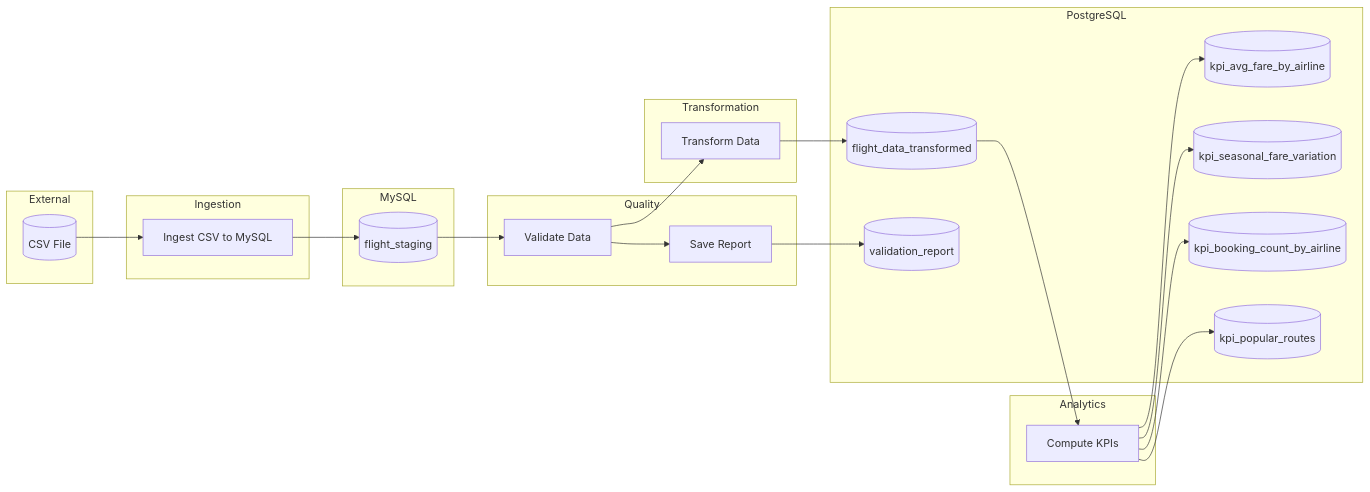
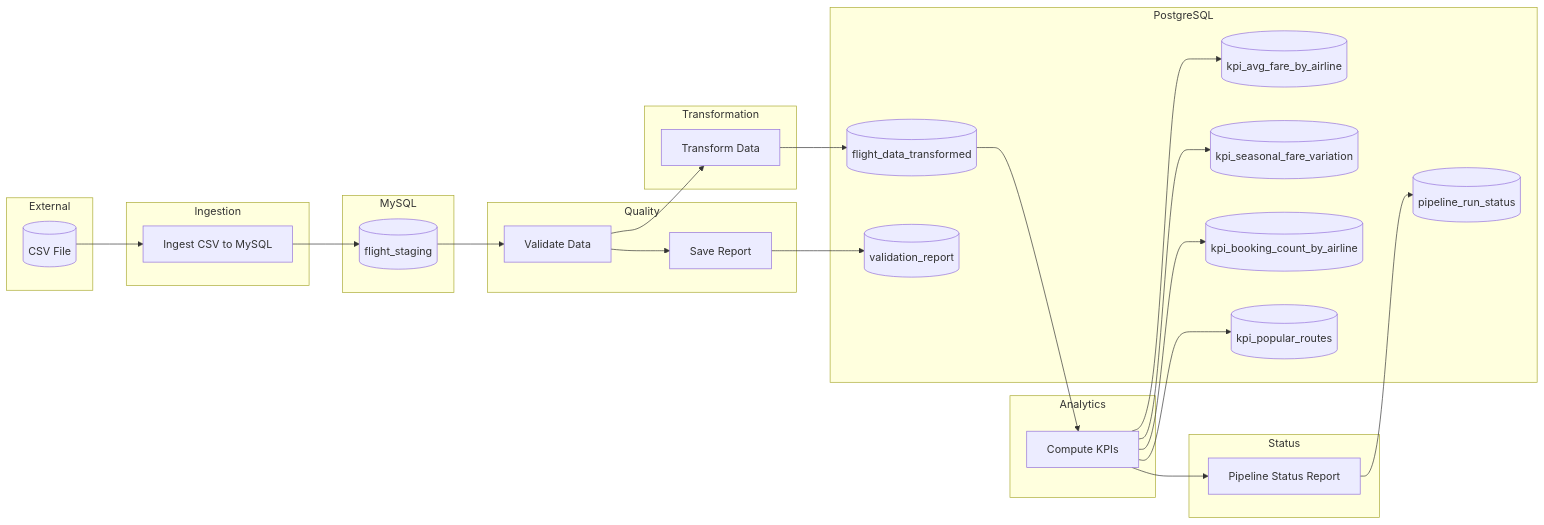
The second of 2 diagrams in README.md (Zaina-M/airflow_flight_pipeline), drawn with Mermaid before and after one commit. The commit also changed other lines of this file and 5 other files, not shown here.

Commit message:
feat: Enhance pipeline with source file tracking, status reporting, and failure resilience

````diff
--- a/README.md
+++ b/README.md
@@ -141,49 +155,56 @@
 ```mermaid
 flowchart LR
     subgraph External
         CSV[(CSV File)]
     end
 
     subgraph Ingestion
         A[Ingest CSV to MySQL]
     end
 
     subgraph Quality
         B[Validate Data]
         C[Save Report]
     end
 
     subgraph Transformation
         D[Transform Data]
     end
 
     subgraph Analytics
         E[Compute KPIs]
     end
 
+    subgraph Status
+        F[Pipeline Status Report]
+    end
+
     subgraph MySQL
         S[(flight_staging)]
     end
 
     subgraph PostgreSQL
         T[(flight_data_transformed)]
         K1[(kpi_avg_fare_by_airline)]
         K2[(kpi_seasonal_fare_variation)]
         K3[(kpi_booking_count_by_airline)]
         K4[(kpi_popular_routes)]
         V[(validation_report)]
+        PS[(pipeline_run_status)]
     end
 
     CSV --> A
     A --> S
     S --> B
     B --> C
     C --> V
     B --> D
     D --> T
     T --> E
     E --> K1
     E --> K2
     E --> K3
     E --> K4
+    E --> F
+    F --> PS
 ```
````
